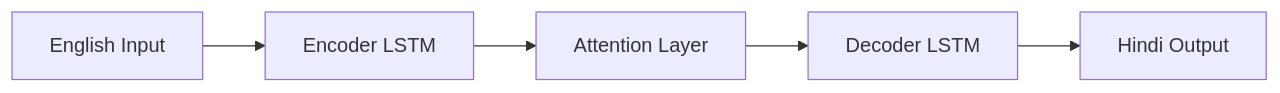
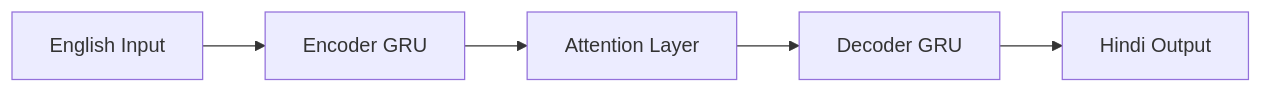
The diagram in README.md (sarvesh-raam/translator.nlp), drawn with Mermaid before and after one commit. The commit also changed other lines of this file and 6 other files, not shown here.

````diff
--- a/README.md
+++ b/README.md
@@ -18,7 +31,7 @@
 ```mermaid
 graph LR
-    A[English Input] --> B[Encoder LSTM]
+    A[English Input] --> B[Encoder GRU]
     B --> C[Attention Layer]
-    C --> D[Decoder LSTM]
+    C --> D[Decoder GRU]
     D --> E[Hindi Output]
 ```
````
